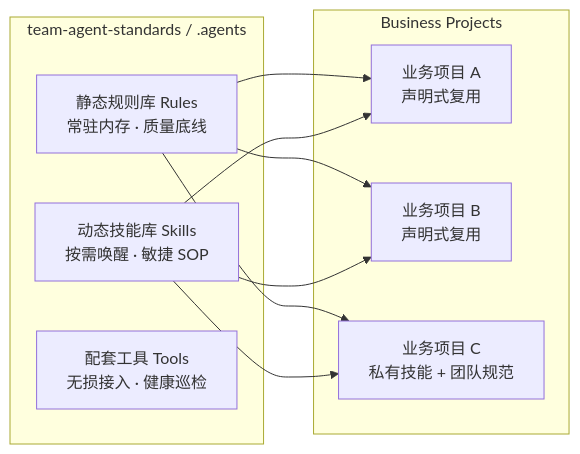
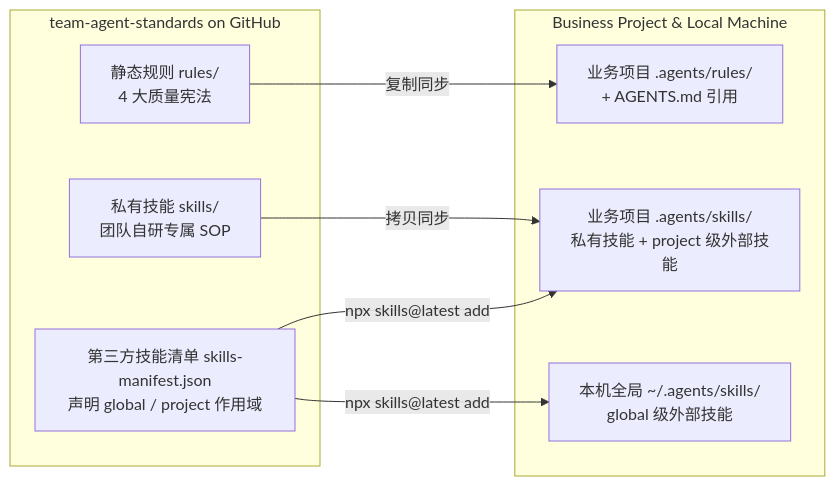
The diagram in README.md (morrain/team-agent-standards), drawn with Mermaid before and after one commit. The commit also changed other lines of this file and 85 other files, not shown here.

````diff
--- a/README.md
+++ b/README.md
@@ -38,21 +16,19 @@
 ```mermaid
 graph LR
-    subgraph 团队统一规范中心 [team-agent-standards / .agents]
-        R[静态规则库 Rules<br>常驻内存 · 质量底线]
-        S[动态技能库 Skills<br>按需唤醒 · 敏捷 SOP]
-        T[配套工具 Tools<br>无损接入 · 健康巡检]
+    subgraph 团队规范仓库 [team-agent-standards on GitHub]
+        R["静态规则 rules/<br>4 大质量宪法"]
+        M["第三方技能清单 skills-manifest.json<br>声明 global / project 作用域"]
+        P["私有技能 skills/<br>团队自研专属 SOP"]
     end
 
-    subgraph 跨业务项目复用生态 [Business Projects]
-        P1[业务项目 A<br>声明式复用]
-        P2[业务项目 B<br>声明式复用]
-        P3[业务项目 C<br>私有技能 + 团队规范]
+    subgraph 目标环境 [Business Project & Local Machine]
+        PR["业务项目 .agents/rules/<br>+ AGENTS.md 引用"]
+        PS["业务项目 .agents/skills/<br>私有技能 + project 级外部技能"]
+        GS["本机全局 ~/.agents/skills/<br>global 级外部技能"]
     end
 
-    R --> P1
-    S --> P1
-    R --> P2
-    S --> P2
-    R --> P3
-    S --> P3
+    R -->|复制同步| PR
+    P -->|拷贝同步| PS
+    M -->|npx skills@latest add| GS
+    M -->|npx skills@latest add| PS
 ```
````
